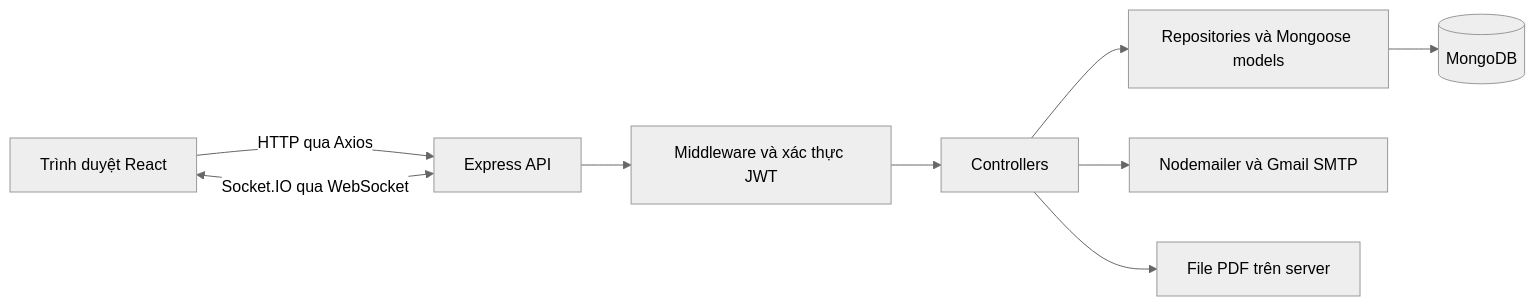
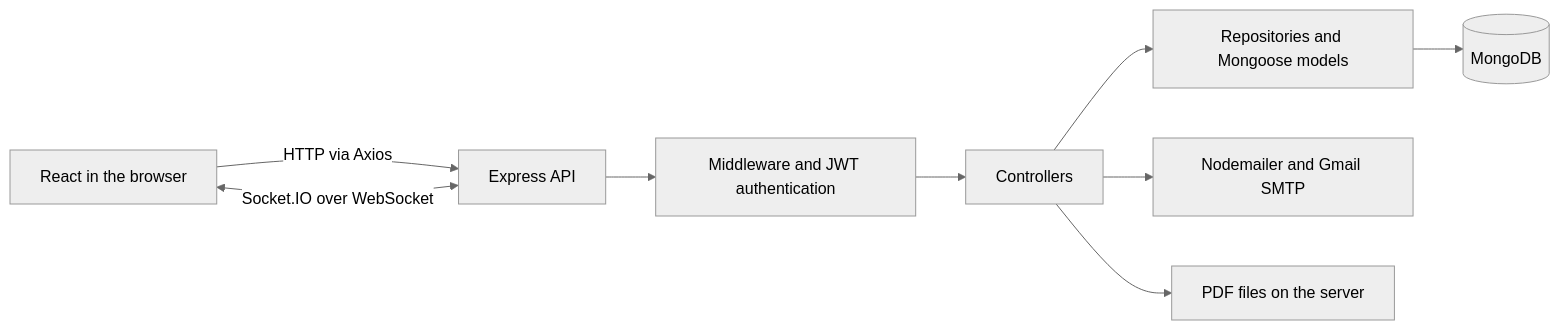
The diagram in README.md (kien-phung/C-T), drawn with Mermaid (neutral theme) before and after one commit. The commit also changed other lines of this file, not shown here.

````diff
--- a/README.md
+++ b/README.md
@@ -225,11 +225,11 @@
 ```mermaid
 flowchart LR
-    Browser[Trình duyệt React] -->|HTTP qua Axios| API[Express API]
-    API --> Middleware[Middleware và xác thực JWT]
+    Browser[React in the browser] -->|HTTP via Axios| API[Express API]
+    API --> Middleware[Middleware and JWT authentication]
     Middleware --> Controller[Controllers]
-    Controller --> Repository[Repositories và Mongoose models]
+    Controller --> Repository[Repositories and Mongoose models]
     Repository --> DB[(MongoDB)]
-    Controller --> Mail[Nodemailer và Gmail SMTP]
-    Controller --> Files[File PDF trên server]
-    API <-->|Socket.IO qua WebSocket| Browser
+    Controller --> Mail[Nodemailer and Gmail SMTP]
+    Controller --> Files[PDF files on the server]
+    API <-->|Socket.IO over WebSocket| Browser
 ```
````
